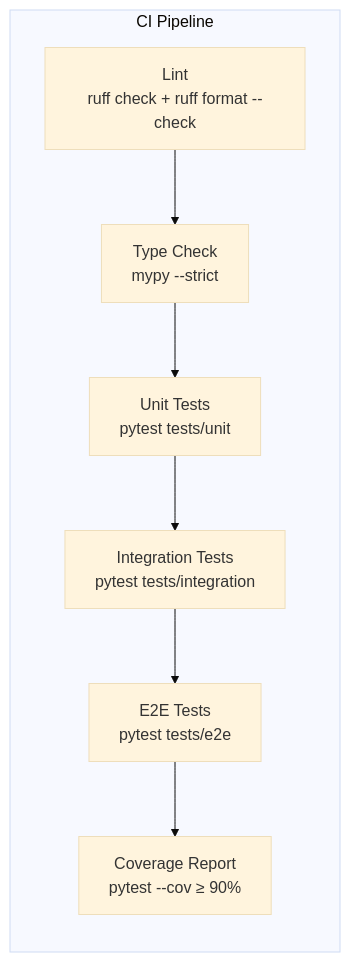
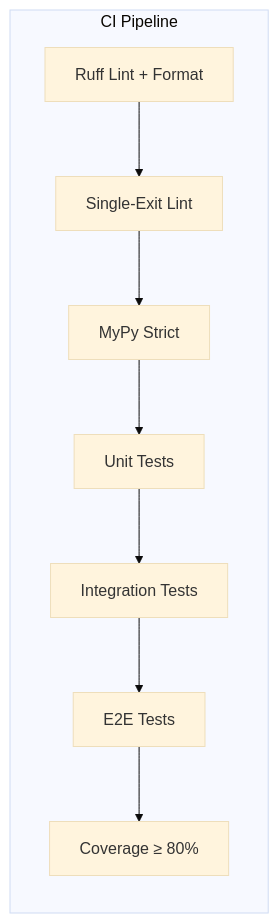
One commit to Zaexv/boring-mcp changed the sixth of 6 diagrams in ai-docs/architecture.md. Above: the diagram before and after it, drawn with Mermaid (base theme). The commit also changed other lines of this file and 21 other files, not shown here.

````diff
--- a/ai-docs/architecture.md
+++ b/ai-docs/architecture.md
@@ -271,10 +338,11 @@
 ```mermaid
 graph LR
     subgraph "CI Pipeline"
-        A[Lint<br>ruff check + ruff format --check] --> B[Type Check<br>mypy --strict]
-        B --> C[Unit Tests<br>pytest tests/unit]
-        C --> D[Integration Tests<br>pytest tests/integration]
-        D --> E[E2E Tests<br>pytest tests/e2e]
-        E --> F[Coverage Report<br>pytest --cov ≥ 90%]
+        A[Ruff Lint + Format] --> B[Single-Exit Lint]
+        B --> C[MyPy Strict]
+        C --> D[Unit Tests]
+        D --> E[Integration Tests]
+        E --> F[E2E Tests]
+        F --> G[Coverage ≥ 80%]
     end
 ```
````
